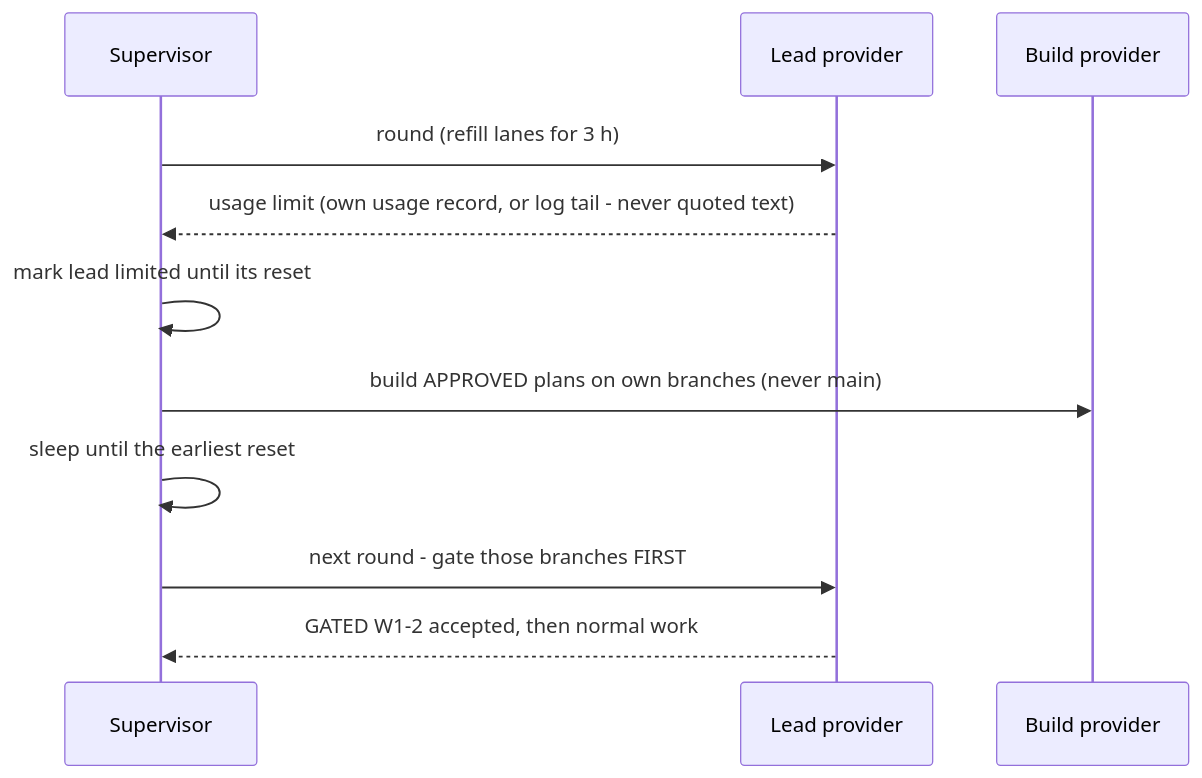
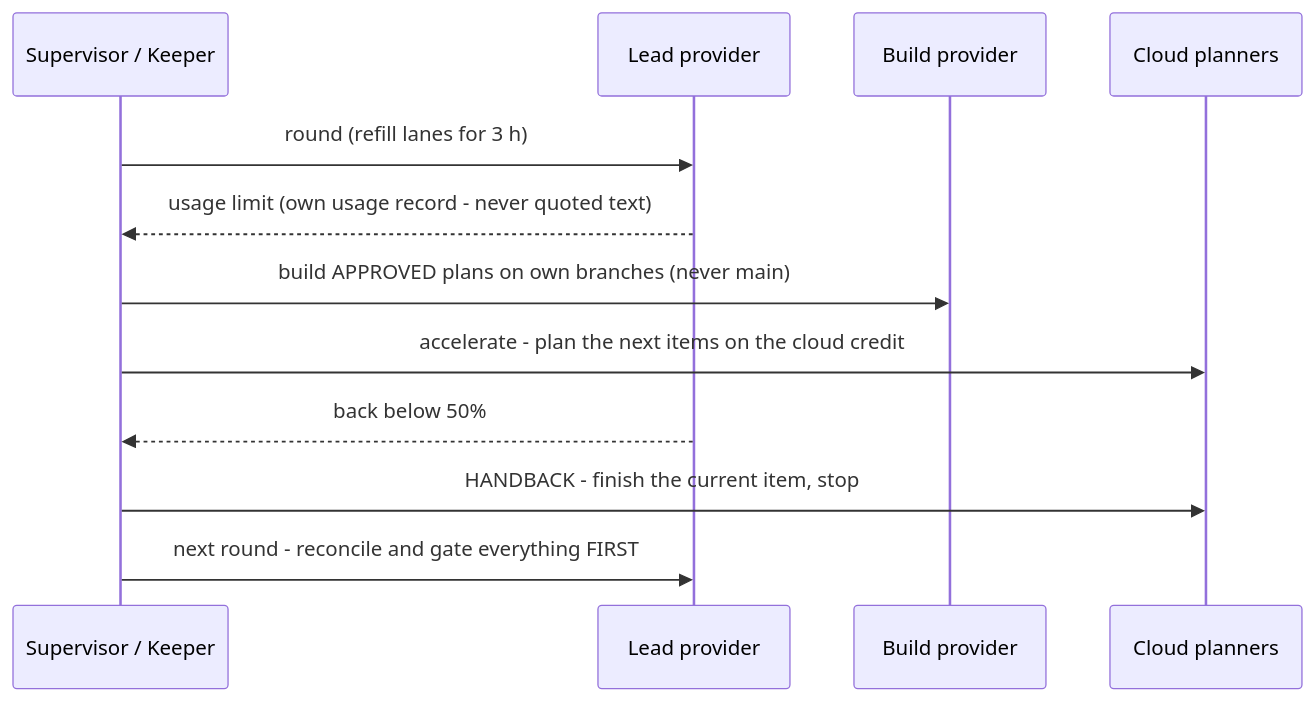
Before and after one commit to christian281150/AI-orchestrator_skill: the second of 2 diagrams in README.md, drawn with Mermaid. The commit also changed other lines of this file and 42 other files, not shown here.

````diff
--- a/README.md
+++ b/README.md
@@ -184,13 +123,14 @@
 ```mermaid
 sequenceDiagram
-    participant S as Supervisor
+    participant S as Supervisor / Keeper
     participant L as Lead provider
     participant B as Build provider
+    participant C as Cloud planners
     S->>L: round (refill lanes for 3 h)
-    L-->>S: usage limit (own usage record, or log tail - never quoted text)
-    S->>S: mark lead limited until its reset
+    L-->>S: usage limit (own usage record - never quoted text)
     S->>B: build APPROVED plans on own branches (never main)
-    S->>S: sleep until the earliest reset
-    S->>L: next round - gate those branches FIRST
-    L-->>S: GATED W1-2 accepted, then normal work
+    S->>C: accelerate - plan the next items on the cloud credit
+    L-->>S: back below 50%
+    S->>C: HANDBACK - finish the current item, stop
+    S->>L: next round - reconcile and gate everything FIRST
 ```
````
